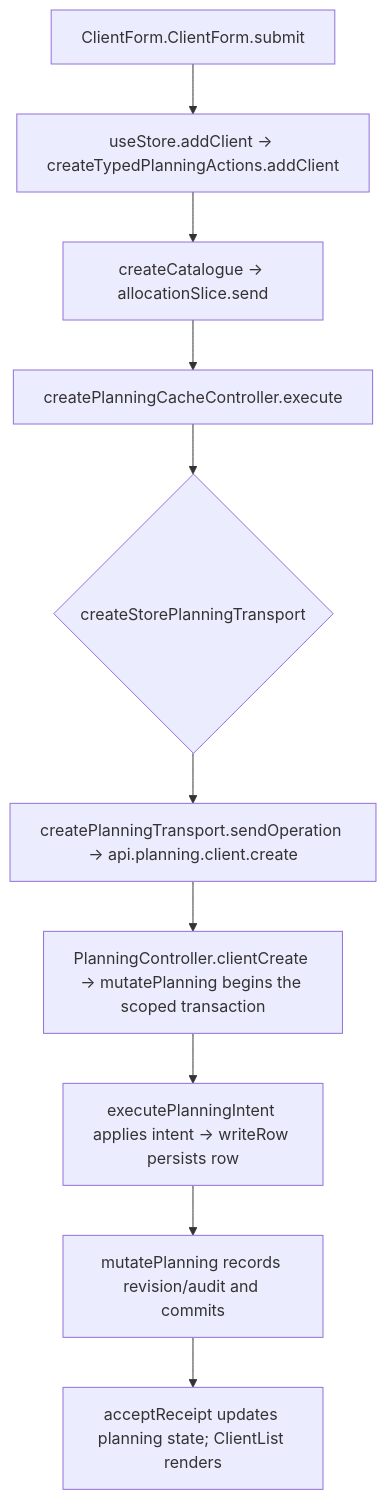
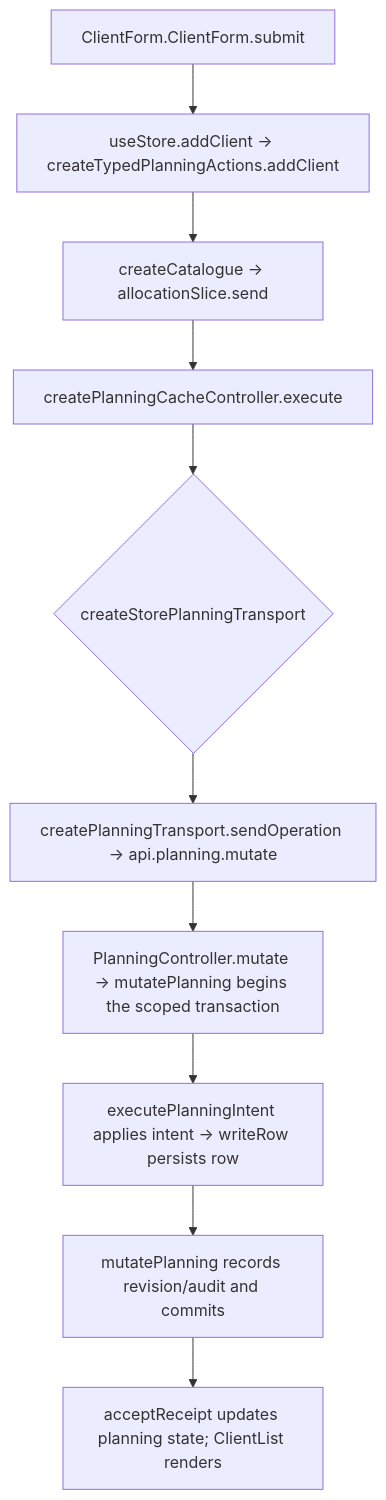
The second of 2 diagrams in user-stories/clients/US-CLI-01-add-client.md (Kevinjohn/capacitylens), drawn with Mermaid before and after one commit. The commit also changed 115 other files, not shown here.

````diff
--- a/user-stories/clients/US-CLI-01-add-client.md
+++ b/user-stories/clients/US-CLI-01-add-client.md
@@ -36,8 +36,8 @@
 ```mermaid
 flowchart TD
   A["ClientForm.ClientForm.submit"] --> B["useStore.addClient → createTypedPlanningActions.addClient"]
   B --> C["createCatalogue → allocationSlice.send"]
   C --> D["createPlanningCacheController.execute"] --> E{"createStorePlanningTransport"}
-  E --> F["createPlanningTransport.sendOperation → api.planning.client.create"] --> G["PlanningController.clientCreate → mutatePlanning begins the scoped transaction"]
+  E --> F["createPlanningTransport.sendOperation → api.planning.mutate"] --> G["PlanningController.mutate → mutatePlanning begins the scoped transaction"]
   G --> H["executePlanningIntent applies intent → writeRow persists row"] --> K["mutatePlanning records revision/audit and commits"] --> J["acceptReceipt updates planning state; ClientList renders"]
 ```
````
